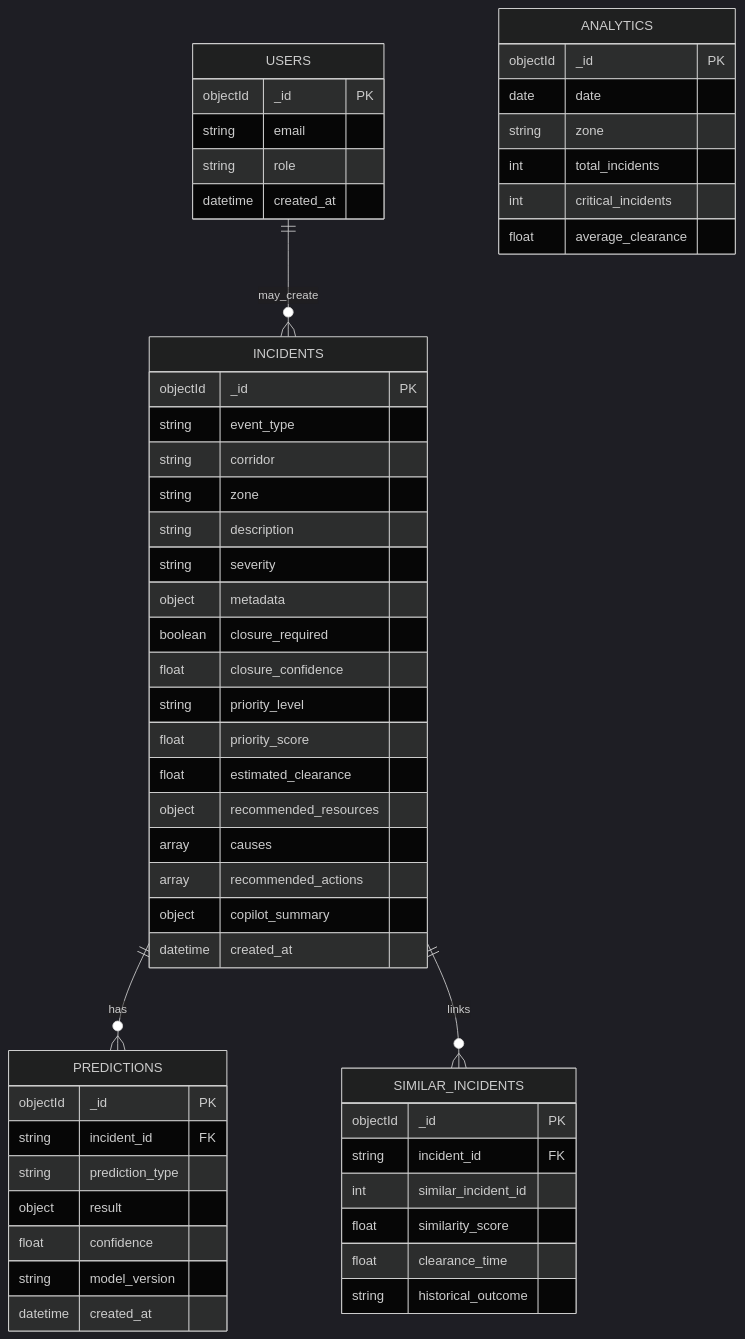
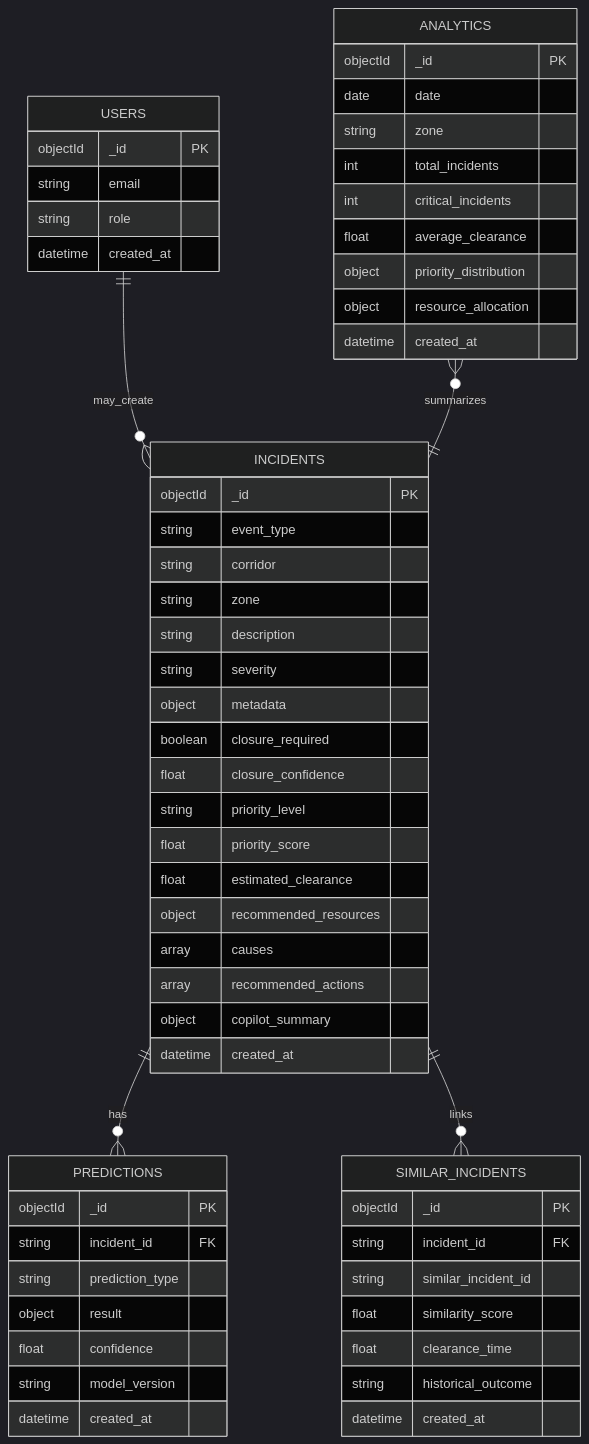
One commit to srikar2908/Gridlock changed the diagram in docs/diagrams/database_er_diagram.md. Above: the diagram before and after it, drawn with Mermaid (dark theme). The commit also changed 7 other files, not shown here.

````diff
--- a/docs/diagrams/database_er_diagram.md
+++ b/docs/diagrams/database_er_diagram.md
@@ -3,61 +3,66 @@
 ```mermaid
 erDiagram
+    USERS ||--o{ INCIDENTS : may_create
     INCIDENTS ||--o{ PREDICTIONS : has
     INCIDENTS ||--o{ SIMILAR_INCIDENTS : links
-    USERS ||--o{ INCIDENTS : may_create
+    ANALYTICS }o--|| INCIDENTS : summarizes
+
+    USERS {
+        objectId _id PK
+        string email
+        string role
+        datetime created_at
+    }
 
     INCIDENTS {
         objectId _id PK
         string event_type
         string corridor
         string zone
         string description
         string severity
         object metadata
         boolean closure_required
         float closure_confidence
         string priority_level
         float priority_score
         float estimated_clearance
         object recommended_resources
         array causes
         array recommended_actions
         object copilot_summary
         datetime created_at
     }
 
     PREDICTIONS {
         objectId _id PK
         string incident_id FK
         string prediction_type
         object result
         float confidence
         string model_version
         datetime created_at
     }
 
     SIMILAR_INCIDENTS {
         objectId _id PK
         string incident_id FK
-        int similar_incident_id
+        string similar_incident_id
         float similarity_score
         float clearance_time
         string historical_outcome
+        datetime created_at
     }
 
     ANALYTICS {
         objectId _id PK
         date date
         string zone
         int total_incidents
         int critical_incidents
         float average_clearance
-    }
-
-    USERS {
-        objectId _id PK
-        string email
-        string role
+        object priority_distribution
+        object resource_allocation
         datetime created_at
     }
 ```
````
